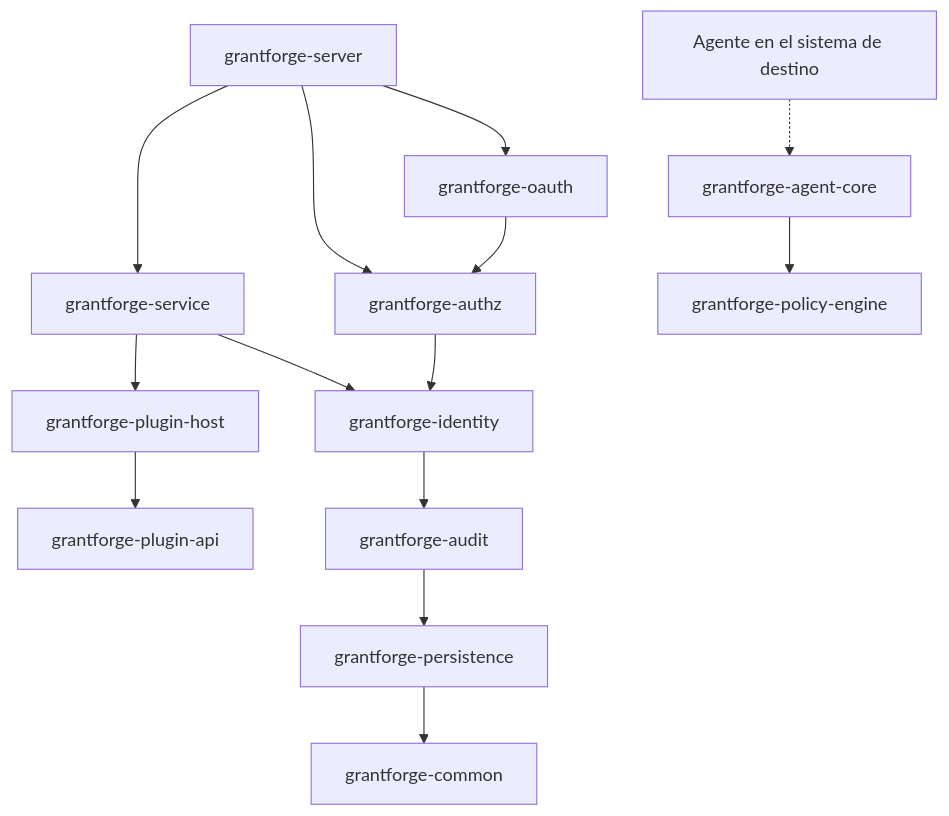
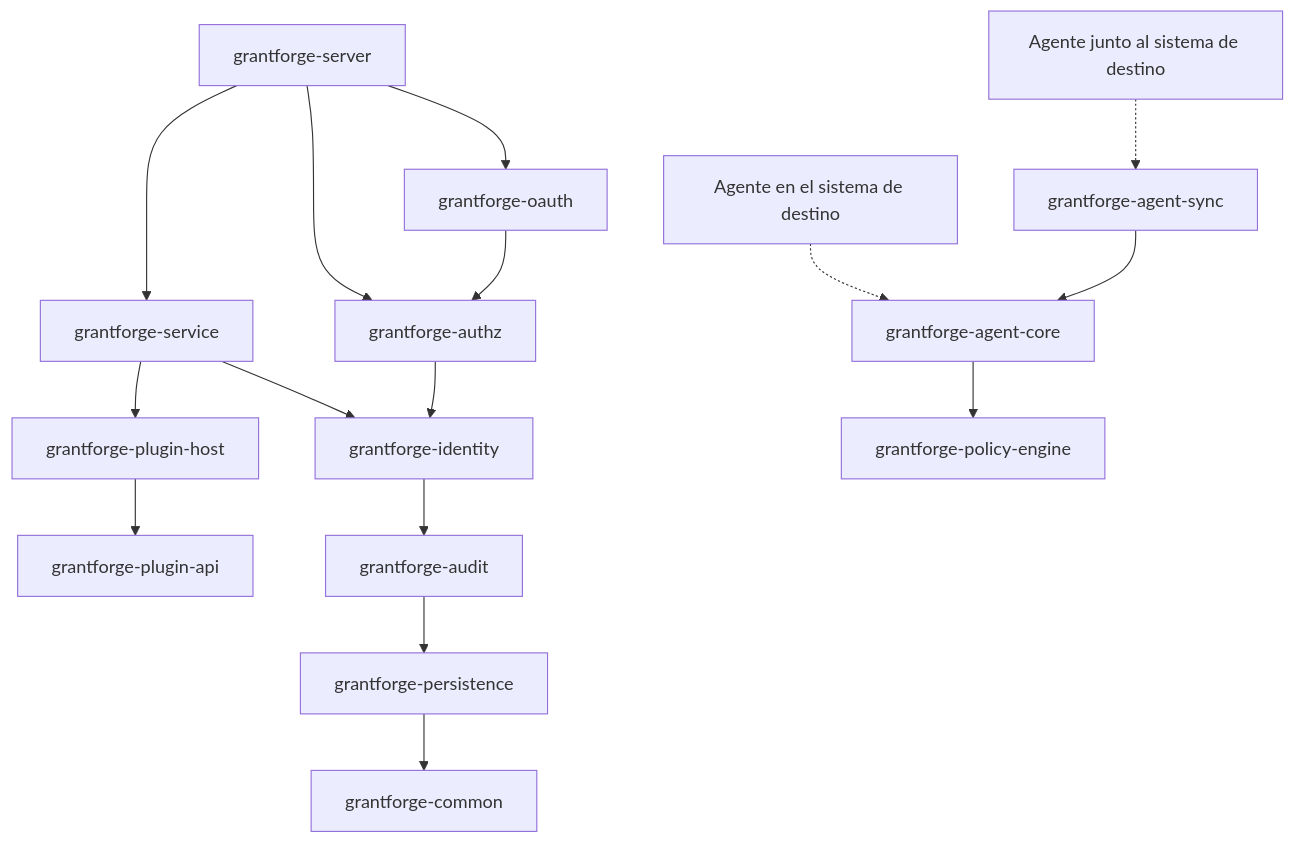
One commit to devlive-community/grantforge changed the first of 2 diagrams in docs/content/es/architecture/overview.md. Above: the diagram before and after it, drawn with Mermaid. The commit also changed other lines of this file and 21 other files, not shown here.

First line of the commit message:
docs(agent-sync): document the shared core of agents beside a system

````diff
--- a/docs/content/es/architecture/overview.md
+++ b/docs/content/es/architecture/overview.md
@@ -18,16 +18,18 @@
 ```mermaid
 flowchart TB
   server[grantforge-server] --> oauth[grantforge-oauth]
   server --> service[grantforge-service]
   server --> authz[grantforge-authz]
   oauth --> authz
   service --> host[grantforge-plugin-host]
   service --> identity
   host --> api[grantforge-plugin-api]
   authz --> identity[grantforge-identity]
   identity --> audit[grantforge-audit]
   audit --> persistence[grantforge-persistence]
   persistence --> common[grantforge-common]
   agent[Agente en el sistema de destino] -.-> agentcore[grantforge-agent-core]
+  syncagent[Agente junto al sistema de destino] -.-> agentsync[grantforge-agent-sync]
+  agentsync --> agentcore
   agentcore --> engine[grantforge-policy-engine]
 ```
````
